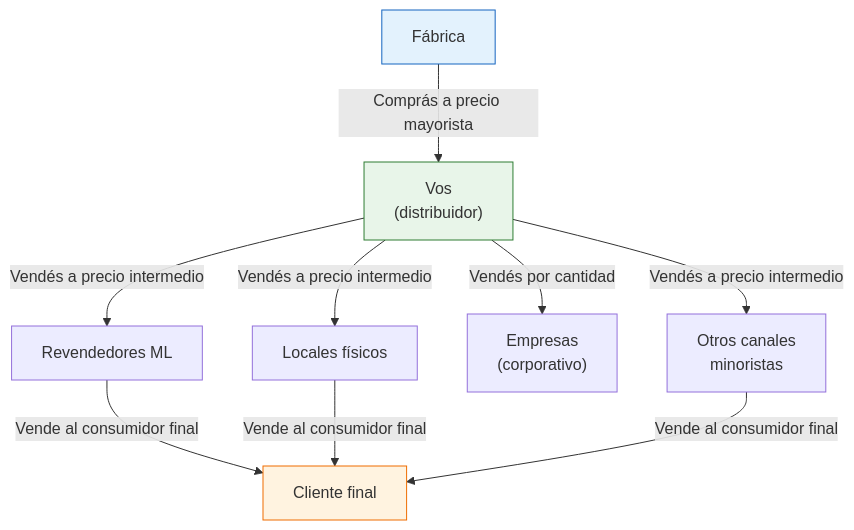
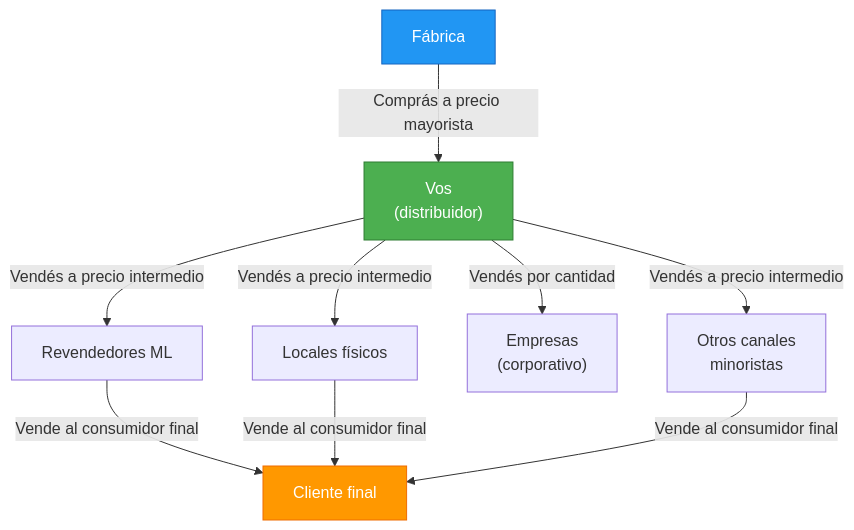
One commit to barrosignacioezequiel-coder/docs changed the first of 2 diagrams in app/paso1-argentina/empezar-de-cero/venta-b2b-distribucion.mdx. Above: the diagram before and after it, drawn with Mermaid. The commit also changed other lines of this file and 66 other files, not shown here.

First line of the commit message:
fix: resolve Mermaid v11 numbered list errors + improve contrast

````diff
--- a/app/paso1-argentina/empezar-de-cero/venta-b2b-distribucion.mdx
+++ b/app/paso1-argentina/empezar-de-cero/venta-b2b-distribucion.mdx
@@ -20,16 +20,16 @@
 ```mermaid
 graph TD
     A["Fábrica"] -->|"Comprás a precio mayorista"| B["Vos<br/>(distribuidor)"]
     B -->|"Vendés a precio intermedio"| C["Revendedores ML"]
     B -->|"Vendés a precio intermedio"| D["Locales físicos"]
     B -->|"Vendés por cantidad"| E["Empresas<br/>(corporativo)"]
     B -->|"Vendés a precio intermedio"| F["Otros canales<br/>minoristas"]
 
     C -->|"Vende al consumidor final"| G["Cliente final"]
     D -->|"Vende al consumidor final"| G
     F -->|"Vende al consumidor final"| G
 
-    style A fill:#e3f2fd,stroke:#1565c0
-    style B fill:#e8f5e9,stroke:#2e7d32
-    style G fill:#fff3e0,stroke:#ef6c00
+    style A fill:#2196f3,stroke:#1565c0,color:#fff
+    style B fill:#4caf50,stroke:#2e7d32,color:#fff
+    style G fill:#ff9800,stroke:#ef6c00,color:#fff
 ```
````
